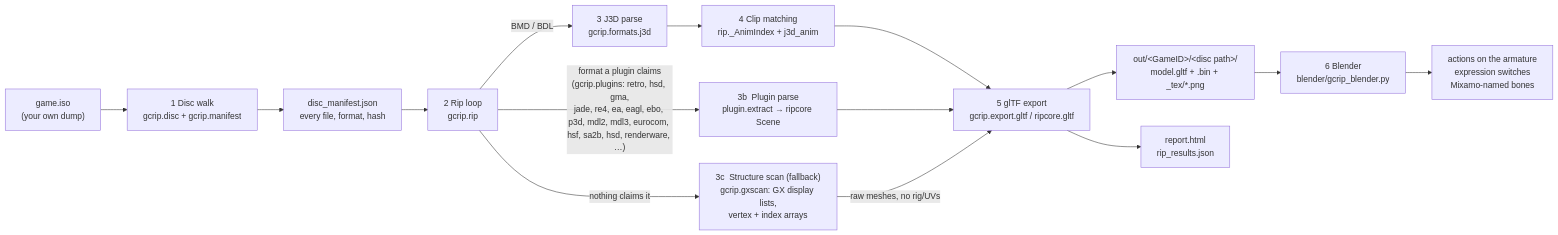
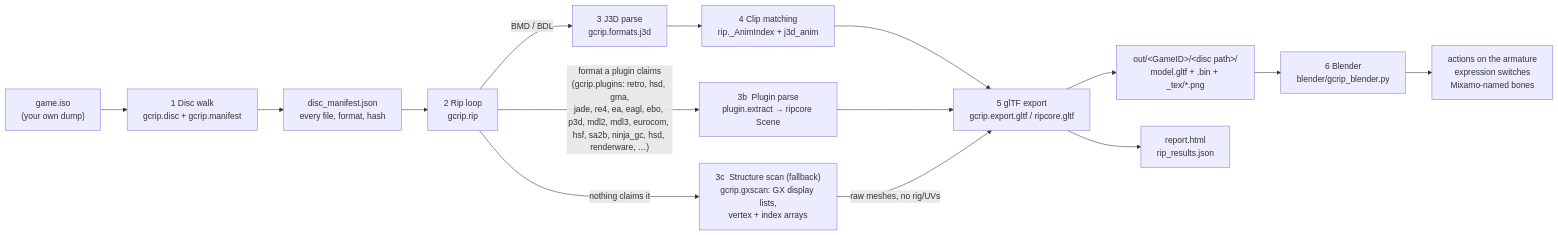
The first of 8 diagrams in docs/PIPELINE.md (Felbs/3d-ripper-9000), drawn with Mermaid before and after one commit. The commit also changed other lines of this file, not shown here.

````diff
--- a/docs/PIPELINE.md
+++ b/docs/PIPELINE.md
@@ -11,17 +11,17 @@
 ```mermaid
 flowchart LR
     ISO["game.iso<br/>(your own dump)"] --> WALK["1  Disc walk<br/>gcrip.disc + gcrip.manifest"]
     WALK --> MAN["disc_manifest.json<br/>every file, format, hash"]
     MAN --> RIP["2  Rip loop<br/>gcrip.rip"]
     RIP -->|"BMD / BDL"| J3D["3  J3D parse<br/>gcrip.formats.j3d"]
-    RIP -->|"format a plugin claims<br/>(gcrip.plugins: retro, hsd, gma,<br/>jade, re4, ea, eagl, ebo, p3d, mdl2, mdl3, eurocom, hsf, sa2b, hsd, renderware, …)"| PLUG["3b  Plugin parse<br/>plugin.extract → ripcore Scene"]
+    RIP -->|"format a plugin claims<br/>(gcrip.plugins: retro, hsd, gma,<br/>jade, re4, ea, eagl, ebo, p3d, mdl2, mdl3, eurocom, hsf, sa2b, ninja_gc, hsd, renderware, …)"| PLUG["3b  Plugin parse<br/>plugin.extract → ripcore Scene"]
     RIP -->|"nothing claims it"| GX["3c  Structure scan (fallback)<br/>gcrip.gxscan: GX display lists,<br/>vertex + index arrays"]
     J3D --> ANIM["4  Clip matching<br/>rip._AnimIndex + j3d_anim"]
     ANIM --> GLTF["5  glTF export<br/>gcrip.export.gltf / ripcore.gltf"]
     PLUG --> GLTF
     GX -->|"raw meshes, no rig/UVs"| GLTF
     GLTF --> OUT["out/&lt;GameID&gt;/&lt;disc path&gt;/<br/>model.gltf + .bin + _tex/*.png"]
     GLTF --> REP["report.html<br/>rip_results.json"]
     OUT --> BL["6  Blender<br/>blender/gcrip_blender.py"]
     BL --> PLAY["actions on the armature<br/>expression switches<br/>Mixamo-named bones"]
 ```
````
